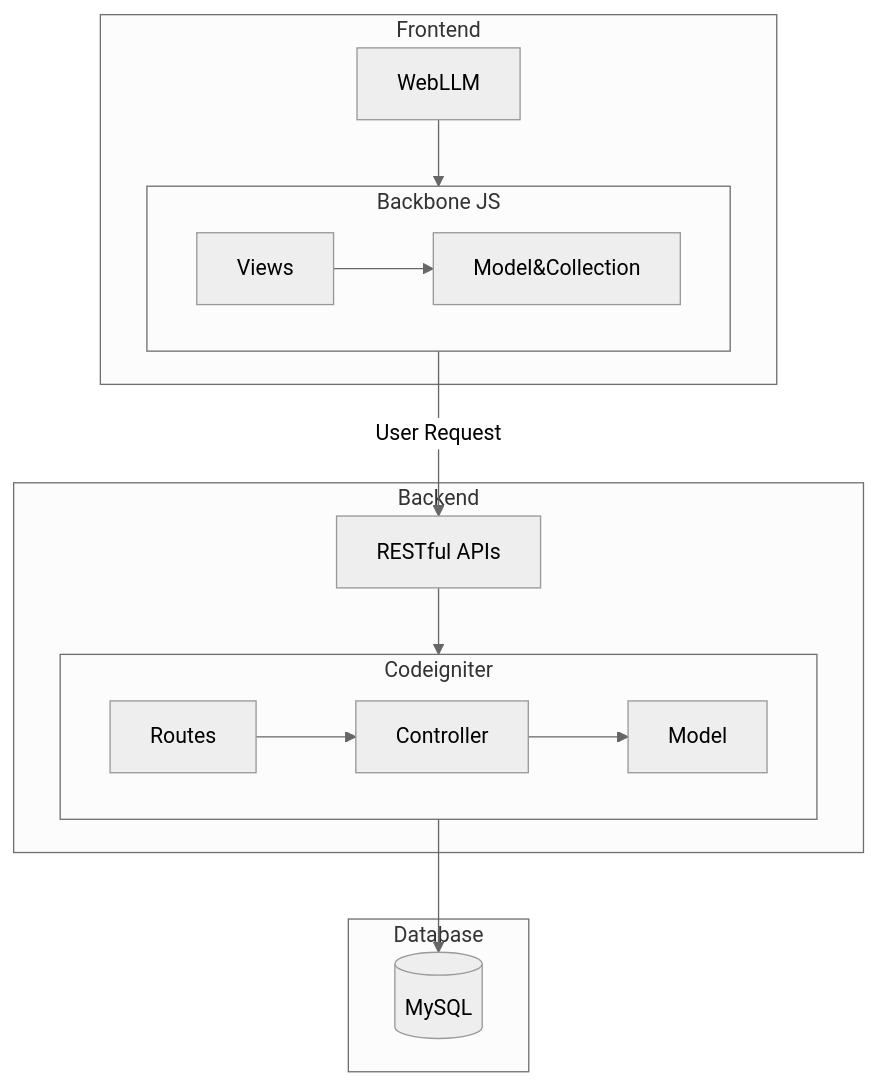
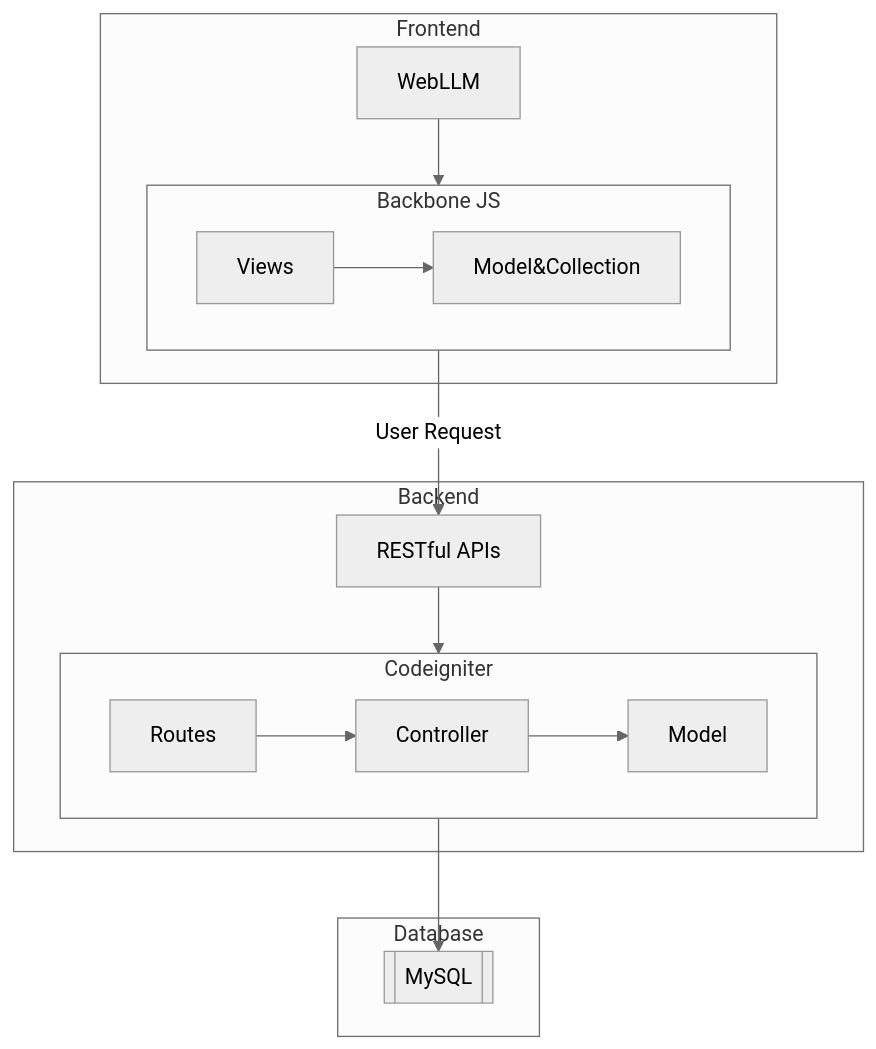
Before and after one commit to wangxinling/Commander: the first of 2 diagrams in README.md, drawn with Mermaid (neutral theme). The commit also changed other lines of this file, not shown here.

Commit message:
Remove the style

````diff
--- a/README.md
+++ b/README.md
@@ -5,32 +5,31 @@
 ```mermaid
 flowchart TB
  subgraph B["Backbone JS"]
         Models["Model&Collection"]
         Views["Views"]
   end
  subgraph Frontend["Frontend"]
         A["WebLLM"]
         B
   end
  subgraph D["Codeigniter"]
         Model["Model"]
         Controller["Controller"]
         Routes["Routes"]
   end
  subgraph Backend["Backend"]
         C["RESTful APIs"]
         D
   end
  subgraph Database["Database"]
-        E["MySQL"]
+        E[["`MySQL`"]]
   end
     Views --> Models
     Routes --> Controller
     Controller --> Model
     A --> B
     B -- User Request --> C
     C --> D
     D --> E
 
-    E@{ shape: cyl}
 ```
````
